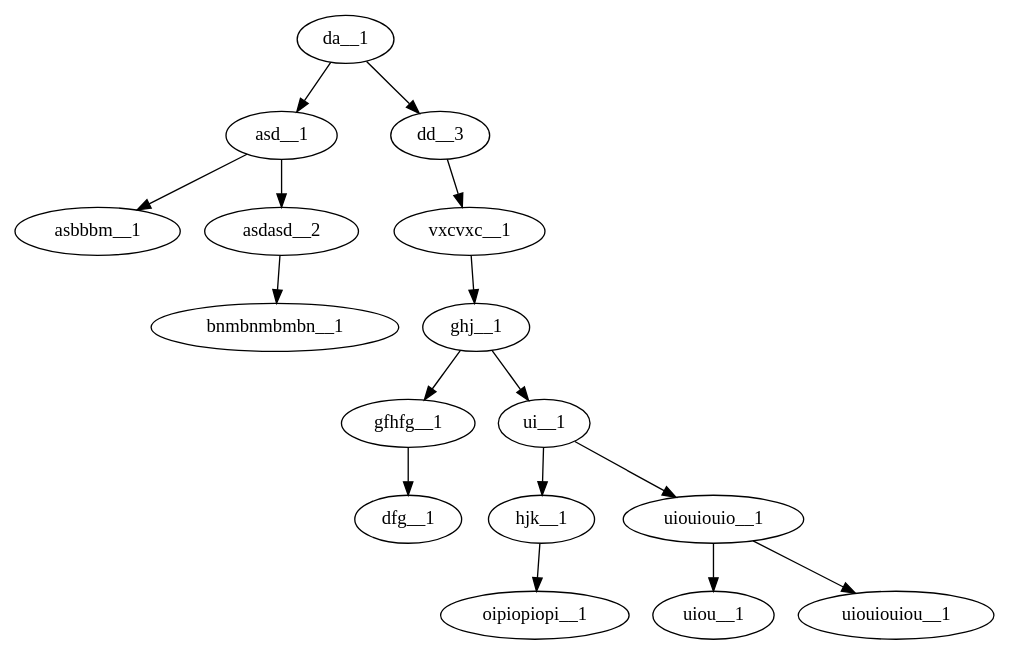
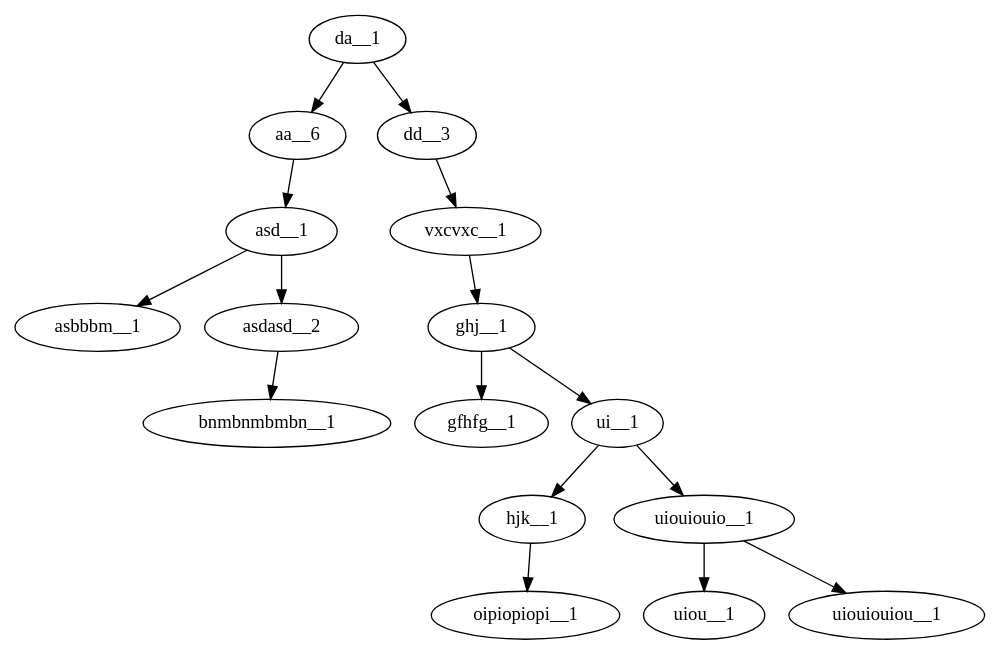
One commit to pp20u1515/Data_types_and_structures changed the diagram in lab_06/func_tests/data/output_first_tree.dot. Above: the diagram before and after it, drawn with Graphviz. The commit also changed 54 other files, not shown here.

```diff
--- a/lab_06/func_tests/data/output_first_tree.dot
+++ b/lab_06/func_tests/data/output_first_tree.dot
@@ -1,33 +1,33 @@
 digraph tree {
 da__1;
-da__1 -> asd__1;
+da__1 -> aa__6;
 da__1 -> dd__3;
 dd__3;
 dd__3 -> vxcvxc__1;
 vxcvxc__1;
 vxcvxc__1 -> ghj__1;
 ghj__1;
 ghj__1 -> gfhfg__1;
 ghj__1 -> ui__1;
 ui__1;
 ui__1 -> hjk__1;
 ui__1 -> uiouiouio__1;
 uiouiouio__1;
 uiouiouio__1 -> uiou__1;
 uiouiouio__1 -> uiouiouiou__1;
 uiouiouiou__1;
 uiou__1;
 hjk__1;
 hjk__1 -> oipiopiopi__1;
 oipiopiopi__1;
 gfhfg__1;
-gfhfg__1 -> dfg__1;
-dfg__1;
+aa__6;
+aa__6 -> asd__1;
 asd__1;
 asd__1 -> asbbbm__1;
 asd__1 -> asdasd__2;
 asdasd__2;
 asdasd__2 -> bnmbnmbmbn__1;
 bnmbnmbmbn__1;
 asbbbm__1;
 }
```
